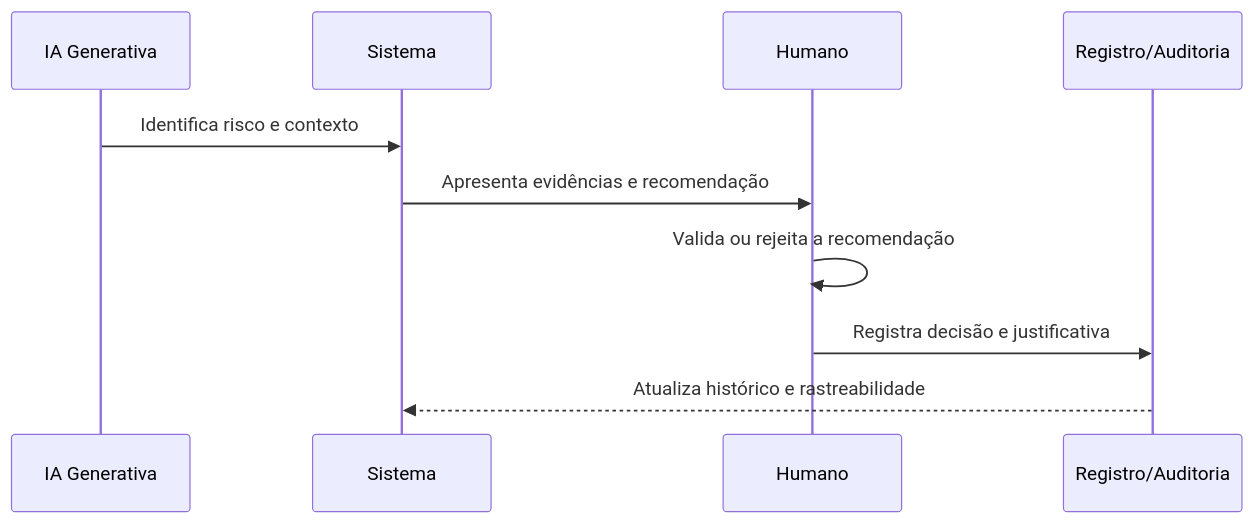
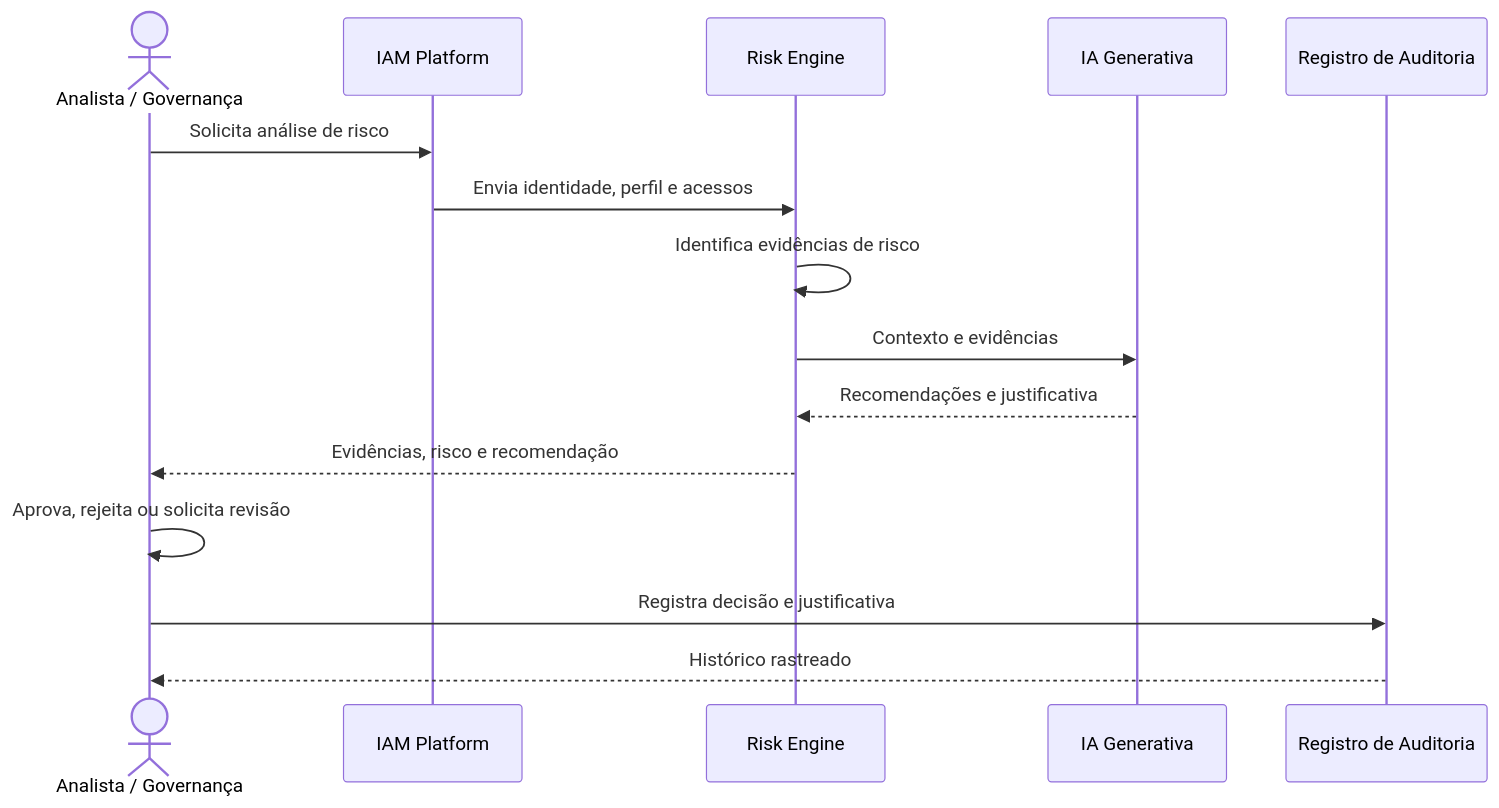
One commit to XavierCleison/identity-risk-governance changed the second of 2 diagrams in README.md. Above: the diagram before and after it, drawn with Mermaid. The commit also changed other lines of this file and 3 other files, not shown here.

Commit message:
docs: improve architecture discovery diagrams

````diff
--- a/README.md
+++ b/README.md
@@ -158,13 +169,18 @@
 ```mermaid
 sequenceDiagram
-    participant IA as IA Generativa
-    participant SYS as Sistema
-    participant HUM as Humano
-    participant REG as Registro/Auditoria
+    actor User as Analista / Governança
+    participant IAM as IAM Platform
+    participant RE as Risk Engine
+    participant AI as IA Generativa
+    participant AUD as Registro de Auditoria
 
-    IA->>SYS: Identifica risco e contexto
-    SYS->>HUM: Apresenta evidências e recomendação
-    HUM->>HUM: Valida ou rejeita a recomendação
-    HUM->>REG: Registra decisão e justificativa
-    REG-->>SYS: Atualiza histórico e rastreabilidade
+    User->>IAM: Solicita análise de risco
+    IAM->>RE: Envia identidade, perfil e acessos
+    RE->>RE: Identifica evidências de risco
+    RE->>AI: Contexto e evidências
+    AI-->>RE: Recomendações e justificativa
+    RE-->>User: Evidências, risco e recomendação
+    User->>User: Aprova, rejeita ou solicita revisão
+    User->>AUD: Registra decisão e justificativa
+    AUD-->>User: Histórico rastreado
 ```
````
